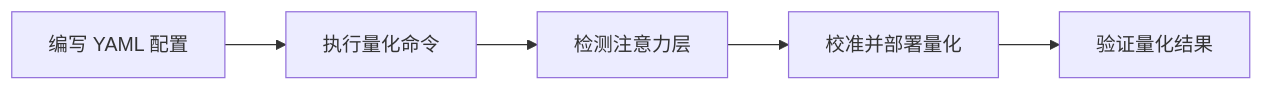
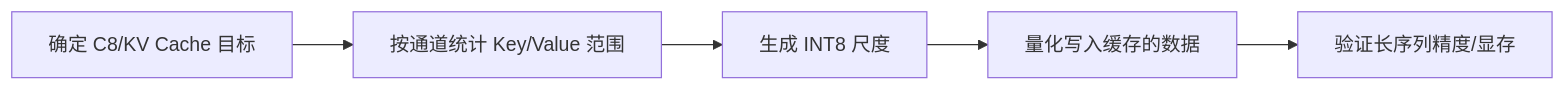
Before and after one commit to mindstudio-docs/master: the diagram in msmodelslim/docs/zh/knowledge_base/quantization_algorithms/kvcache_quant/usage_kvcache_quant.md, drawn with Mermaid. The commit also changed other lines of this file and 73 other files, not shown here.

````diff
--- a/msmodelslim/docs/zh/knowledge_base/quantization_algorithms/kvcache_quant/usage_kvcache_quant.md
+++ b/msmodelslim/docs/zh/knowledge_base/quantization_algorithms/kvcache_quant/usage_kvcache_quant.md
@@ -42,7 +24,7 @@
 ```mermaid
 flowchart LR
-    A[编写 YAML 配置] --> B[执行量化命令]
-    B --> C[检测注意力层]
-    C --> D[校准并部署量化]
-    D --> E[验证量化结果]
+    A[确定 C8/KV Cache 目标] --> B[按通道统计 Key/Value 范围]
+    B[按通道统计 Key/Value 范围] --> C[生成 INT8 尺度]
+    C[生成 INT8 尺度] --> D[量化写入缓存的数据]
+    D[量化写入缓存的数据] --> E[验证长序列精度/显存]
 ```
````
